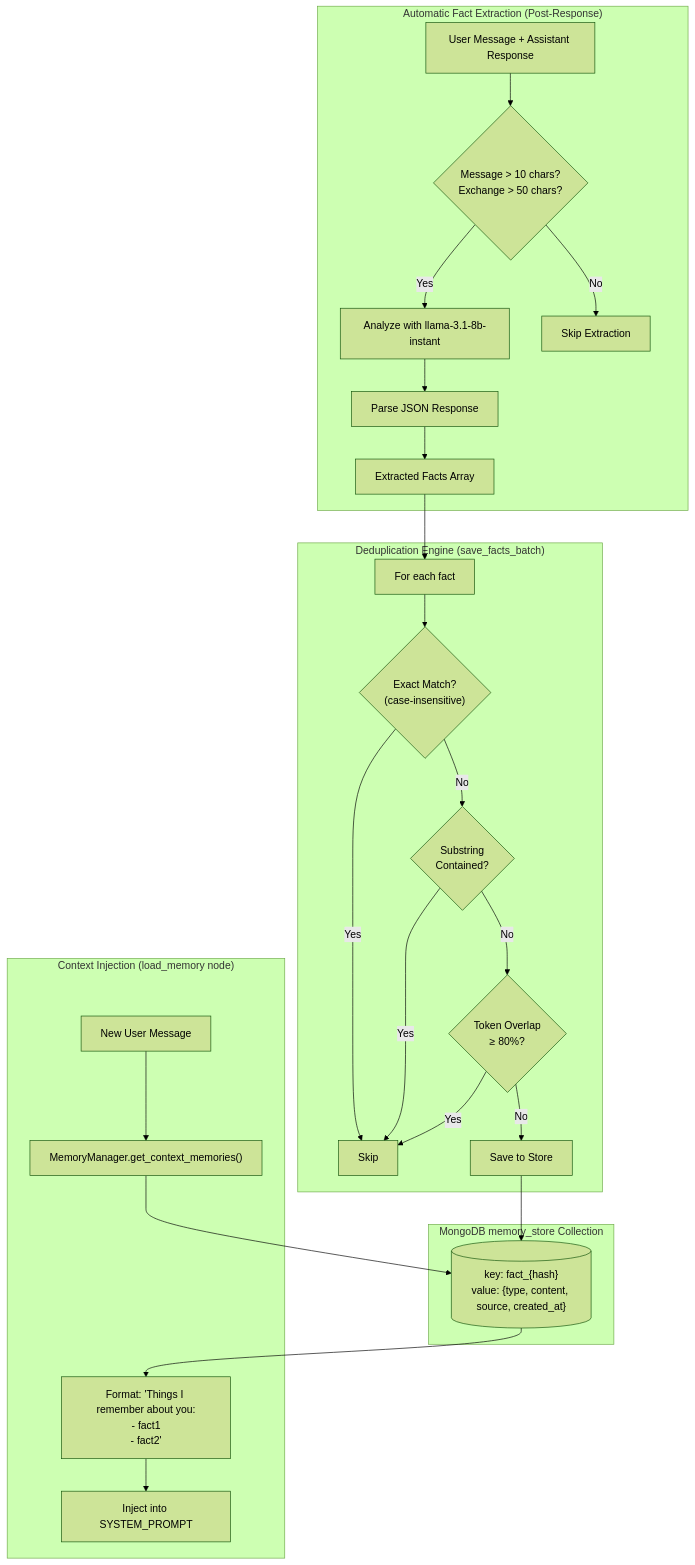
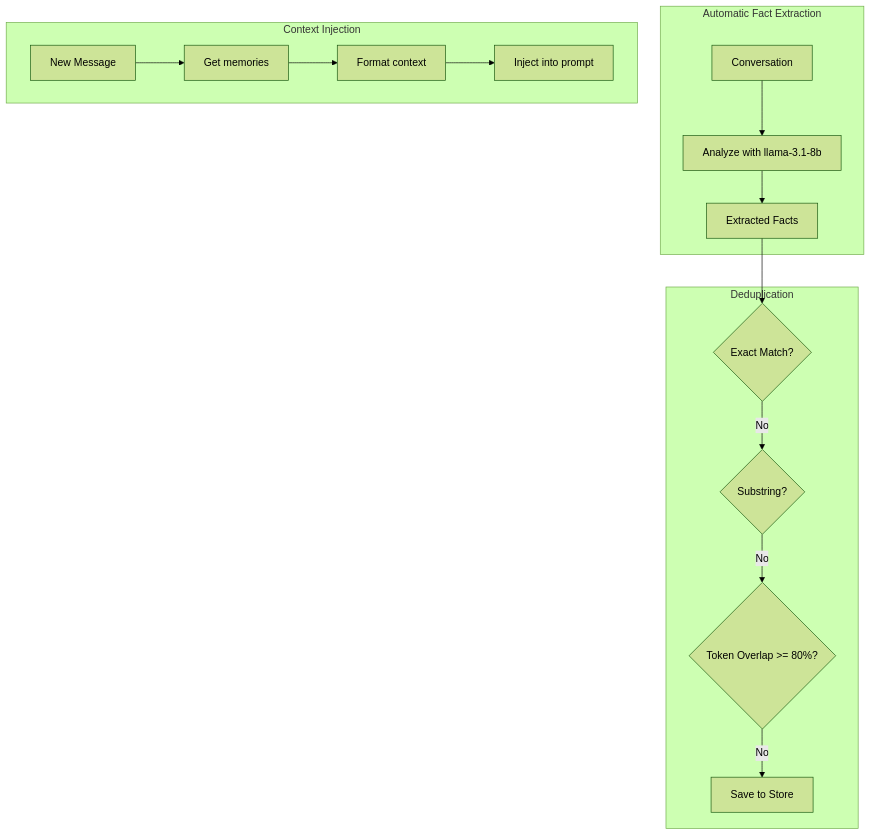
The eighth of 8 diagrams in README.md (Aafimalek/t3_chat), drawn with Mermaid (forest theme) before and after one commit. The commit also changed other lines of this file, not shown here.

````diff
--- a/README.md
+++ b/README.md
@@ -589,32 +839,20 @@
 ```mermaid
 flowchart TB
-    subgraph Extraction["Automatic Fact Extraction (Post-Response)"]
-        Conv["User Message + Assistant Response"] --> CheckLength{"Message > 10 chars?<br/>Exchange > 50 chars?"}
-        CheckLength -->|Yes| Analyze["Analyze with llama-3.1-8b-instant"]
-        CheckLength -->|No| Skip1["Skip Extraction"]
-        Analyze --> Parse["Parse JSON Response"]
-        Parse --> Facts["Extracted Facts Array"]
+    subgraph Extraction["Automatic Fact Extraction"]
+        Conv["Conversation"] --> Analyze["Analyze with llama-3.1-8b"]
+        Analyze --> Facts["Extracted Facts"]
     end
 
-    subgraph Dedup["Deduplication Engine (save_facts_batch)"]
-        Facts --> Loop["For each fact"]
-        Loop --> Check1{"Exact Match?<br/>(case-insensitive)"}
-        Check1 -->|Yes| Skip2["Skip"]
-        Check1 -->|No| Check2{"Substring<br/>Contained?"}
-        Check2 -->|Yes| Skip2
-        Check2 -->|No| Check3{"Token Overlap<br/>≥ 80%?"}
-        Check3 -->|Yes| Skip2
+    subgraph Dedup["Deduplication"]
+        Facts --> Check1{"Exact Match?"}
+        Check1 -->|No| Check2{"Substring?"}
+        Check2 -->|No| Check3{"Token Overlap >= 80%?"}
         Check3 -->|No| Save["Save to Store"]
     end
 
-    subgraph Store["MongoDB memory_store Collection"]
-        Save --> MemStore[("key: fact_{hash}<br/>value: {type, content, source, created_at}")]
-    end
-
-    subgraph Usage["Context Injection (load_memory node)"]
-        Query["New User Message"] --> GetMem["MemoryManager.get_context_memories()"]
-        GetMem --> MemStore
-        MemStore --> Format["Format: 'Things I remember about you:\n- fact1\n- fact2'"]
-        Format --> Inject["Inject into SYSTEM_PROMPT"]
+    subgraph Usage["Context Injection"]
+        Query["New Message"] --> GetMem["Get memories"]
+        GetMem --> Format["Format context"]
+        Format --> Inject["Inject into prompt"]
     end
 ```
````
